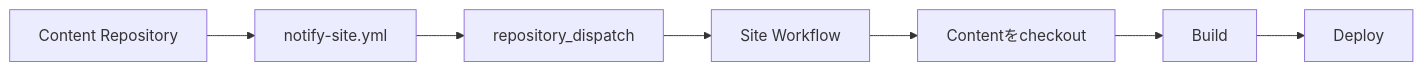
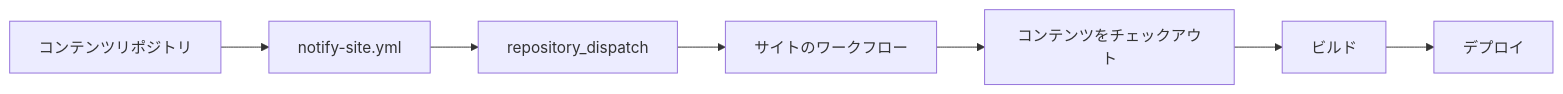
Before and after one commit to Rerurate514/riebeckite: the sixth of 6 diagrams in docs/docs/guides/deployment/cloudflare-workers.ja.md, drawn with Mermaid. The commit also changed other lines of this file and 310 other files, not shown here.

````diff
--- a/docs/docs/guides/deployment/cloudflare-workers.ja.md
+++ b/docs/docs/guides/deployment/cloudflare-workers.ja.md
@@ -474,17 +381,17 @@
 ```mermaid
 flowchart LR
-    Content["Content Repository"]
+    Content["コンテンツリポジトリ"]
     Notify["notify-site.yml"]
     Dispatch["repository_dispatch"]
-    Site["Site Workflow"]
-    Checkout["Contentをcheckout"]
-    Build["Build"]
-    Deploy["Deploy"]
+    Site["サイトのワークフロー"]
+    Checkout["コンテンツをチェックアウト"]
+    Build["ビルド"]
+    Deploy["デプロイ"]
 
     Content --> Notify
     Notify --> Dispatch
     Dispatch --> Site
     Site --> Checkout
     Checkout --> Build
     Build --> Deploy
 ```
````
